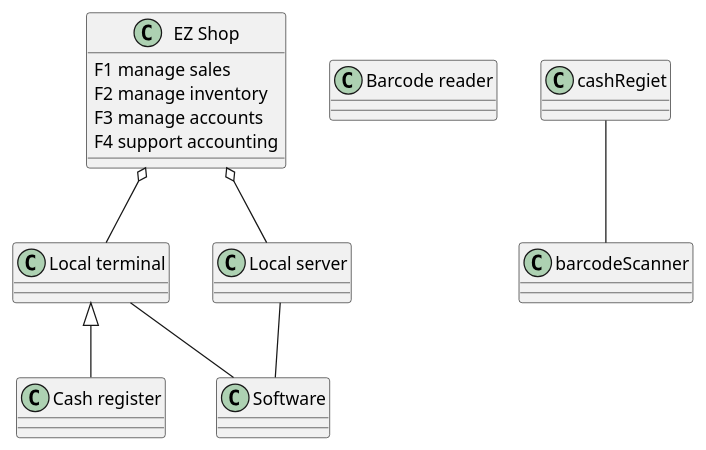
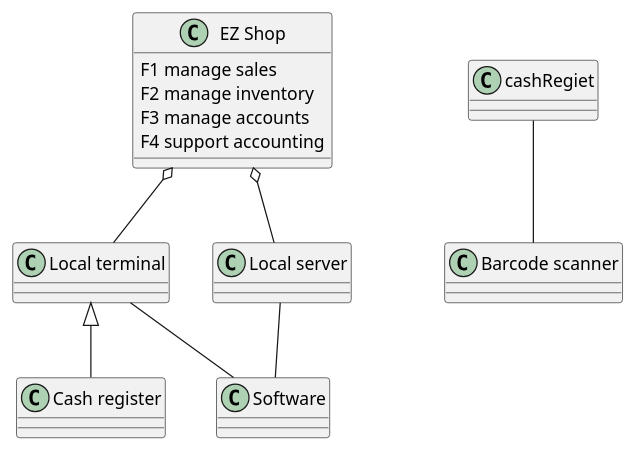
Before and after one commit to nicolabattaglino/ezshop: the sixth of 7 diagrams in Deliverables/RequirementsDocument.md, drawn with PlantUML.

````diff
--- a/Deliverables/RequirementsDocument.md
+++ b/Deliverables/RequirementsDocument.md
@@ -890,27 +890,27 @@
 ```plantuml
 @startuml
 
 class "EZ Shop" as EZShop{
 F1 manage sales 
 F2 manage inventory
 F3 manage accounts
 F4 support accounting
 }
 
 class "Local terminal" as localTerminal{
 }
 class "Local server" as localServer{
 }
 class "Cash register" as cashRegister
-class "Barcode reader" as barcodeReader
+class "Barcode scanner" as barcodeScanner
 class "Software" as software 
 EZShop o-- localTerminal
 localTerminal -- software
 localServer -- software
 EZShop o-- localServer
 localTerminal <|-- cashRegister
 cashRegiet -- barcodeScanner
 
 
 @enduml
 ```
````
